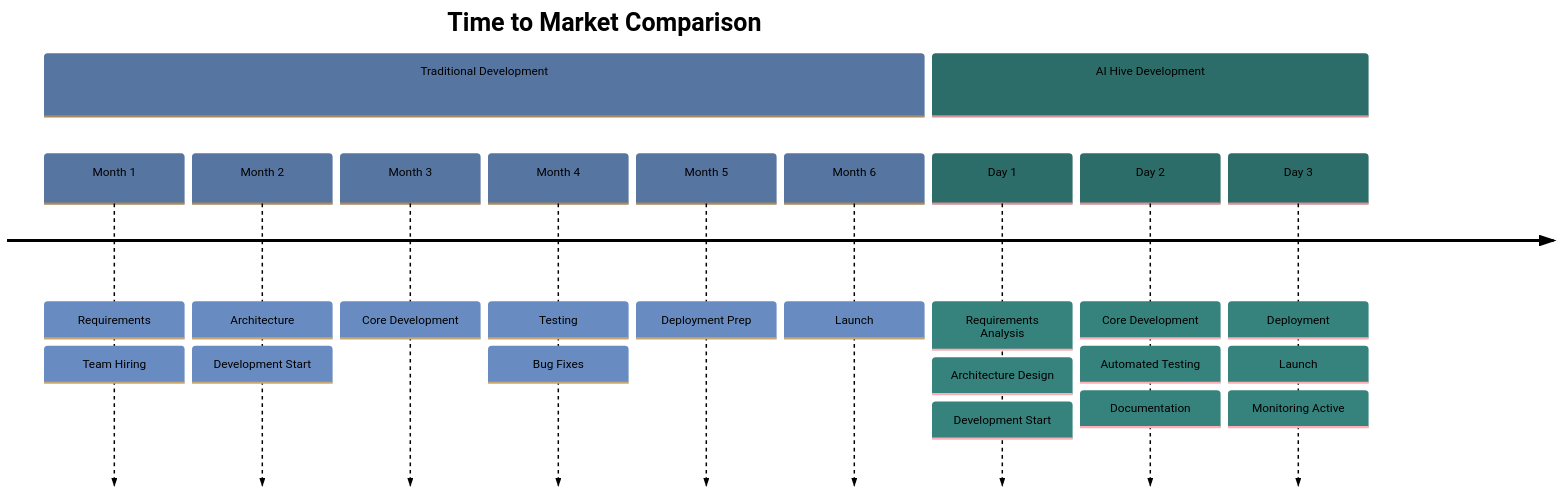
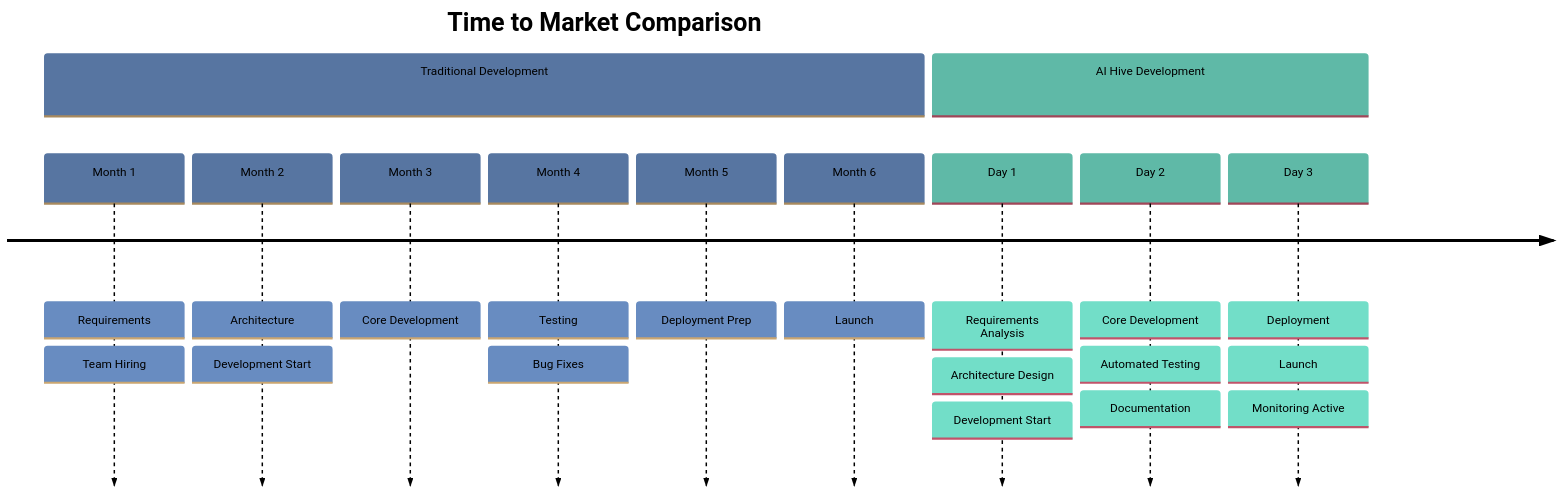
The eighth of 10 diagrams in business-documents/competitive-positioning/04-feature-comparison.md (o2alexanderfedin/AI-Hive-Business-Docs), drawn with Mermaid before and after one commit. The commit also changed other lines of this file and 3 other files, not shown here.

````diff
--- a/business-documents/competitive-positioning/04-feature-comparison.md
+++ b/business-documents/competitive-positioning/04-feature-comparison.md
@@ -527,38 +564,38 @@
 ```mermaid
 %%{init: {
   'theme': 'base',
   'themeVariables': {
     'primaryColor': '#A8B8D0',
     'primaryTextColor': '#000000',
     'primaryBorderColor': '#8A9AB2',
     'lineColor': '#8A9AB2',
-    'secondaryColor': '#5DBCB6',
-    'tertiaryColor': '#84D4F5',
+    'secondaryColor': '#B8E0D8',
+    'tertiaryColor': '#E8F0FF',
     'background': '#F5F5F5'
   }
 }}%%
 timeline
     title Time to Market Comparison
 
     section Traditional Development
         Month 1 : Requirements
                 : Team Hiring
         Month 2 : Architecture
                 : Development Start
         Month 3 : Core Development
         Month 4 : Testing
                 : Bug Fixes
         Month 5 : Deployment Prep
         Month 6 : Launch
 
     section AI Hive Development
         Day 1   : Requirements Analysis
                 : Architecture Design
                 : Development Start
         Day 2   : Core Development
                 : Automated Testing
                 : Documentation
         Day 3   : Deployment
                 : Launch
                 : Monitoring Active
 ```
````
